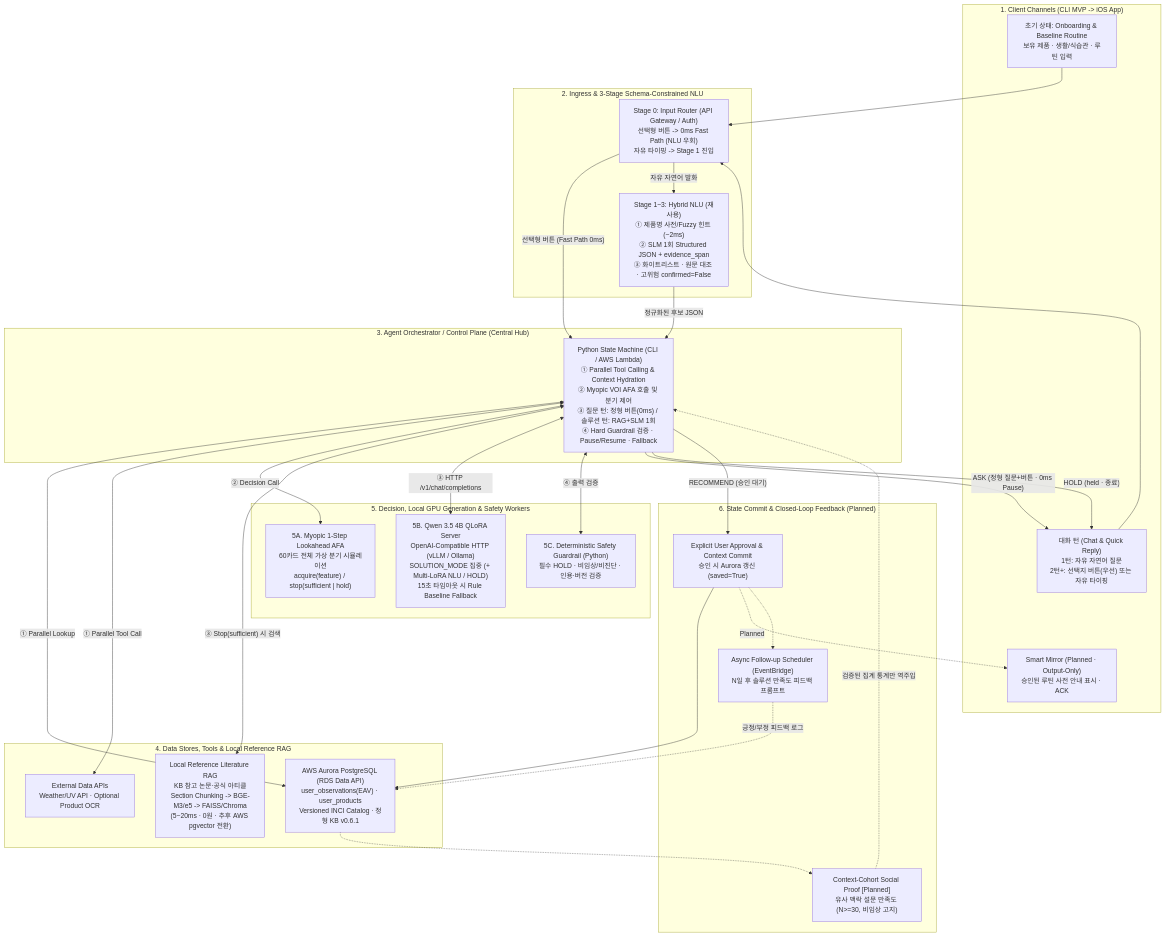
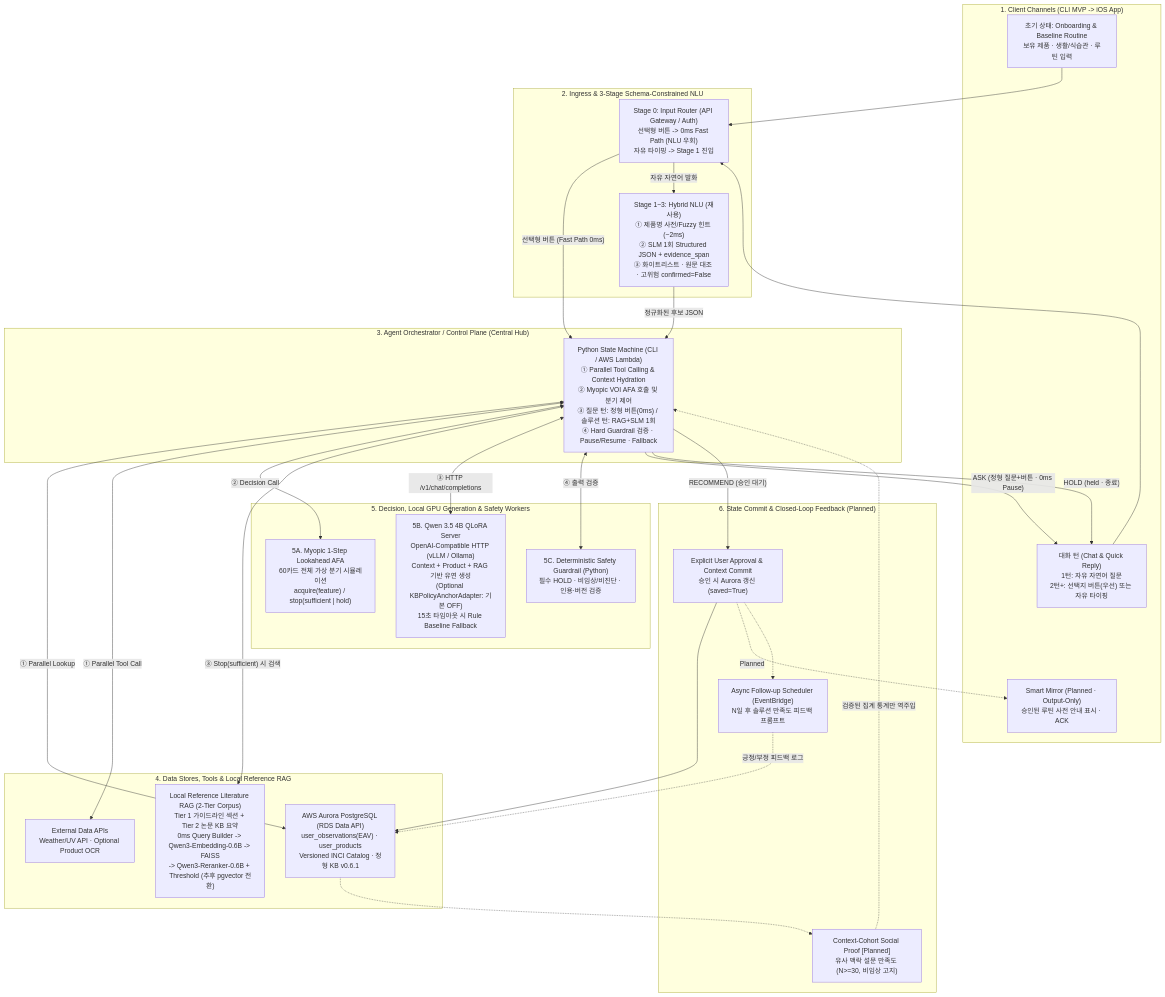
Before and after one commit to rnehdud/ppopy: the first of 2 diagrams in courses/ai-applications/experiments/cos-agent/docs/end-to-end-architecture-draft.md, drawn with Mermaid. The commit also changed other lines of this file and 4 other files, not shown here.

Commit message:
Decouple SLM/QLoRA validation and v3 architecture from KB anchor

````diff
--- a/courses/ai-applications/experiments/cos-agent/docs/end-to-end-architecture-draft.md
+++ b/courses/ai-applications/experiments/cos-agent/docs/end-to-end-architecture-draft.md
@@ -30,58 +30,58 @@
 ```mermaid
 flowchart TD
     subgraph Client["1. Client Channels (CLI MVP -> iOS App)"]
         ONB["초기 상태: Onboarding & Baseline Routine\n보유 제품 · 생활/식습관 · 루틴 입력"]
         NLQ["대화 턴 (Chat & Quick Reply)\n1턴: 자유 자연어 질문\n2턴+: 선택지 버튼(우선) 또는 자유 타이핑"]
         MIR["Smart Mirror (Planned · Output-Only)\n승인된 루틴 사전 안내 표시 · ACK"]
     end
 
     subgraph Ingress["2. Ingress & 3-Stage Schema-Constrained NLU"]
         ROUTER["Stage 0: Input Router (API Gateway / Auth)\n선택형 버튼 -> 0ms Fast Path (NLU 우회)\n자유 타이핑 -> Stage 1 진입"]
         NLU["Stage 1~3: Hybrid NLU (재사용)\n① 제품명 사전/Fuzzy 힌트 (~2ms)\n② SLM 1회 Structured JSON + evidence_span\n③ 화이트리스트 · 원문 대조 · 고위험 confirmed=False"]
     end
 
     subgraph ControlPlane["3. Agent Orchestrator / Control Plane (Central Hub)"]
         CP["Python State Machine (CLI / AWS Lambda)\n① Parallel Tool Calling & Context Hydration\n② Myopic VOI AFA 호출 및 분기 제어\n③ 질문 턴: 정형 버튼(0ms) / 솔루션 턴: RAG+SLM 1회\n④ Hard Guardrail 검증 · Pause/Resume · Fallback"]
     end
 
     subgraph DataExt["4. Data Stores, Tools & Local Reference RAG"]
         DB["AWS Aurora PostgreSQL (RDS Data API)\nuser_observations(EAV) · user_products\nVersioned INCI Catalog · 정형 KB v0.6.1"]
         WAPI["External Data APIs\nWeather/UV API · Optional Product OCR"]
-        RAG["Local Reference Literature RAG\nKB 참고 논문·공식 아티클\nSection Chunking -> BGE-M3/e5 -> FAISS/Chroma\n(5~20ms · 0원 · 추후 AWS pgvector 전환)"]
+        RAG["Local Reference Literature RAG (2-Tier Corpus)\nTier 1 가이드라인 섹션 + Tier 2 논문 KB 요약\n0ms Query Builder -> Qwen3-Embedding-0.6B -> FAISS\n-> Qwen3-Reranker-0.6B + Threshold (추후 pgvector 전환)"]
     end
 
     subgraph Workers["5. Decision, Local GPU Generation & Safety Workers"]
         AFA["5A. Myopic 1-Step Lookahead AFA\n60카드 전체 가상 분기 시뮬레이션\nacquire(feature) / stop(sufficient | hold)"]
-        SLM["5B. Qwen 3.5 4B QLoRA Server\nOpenAI-Compatible HTTP (vLLM / Ollama)\nSOLUTION_MODE 집중 (+ Multi-LoRA NLU / HOLD)\n15초 타임아웃 시 Rule Baseline Fallback"]
+        SLM["5B. Qwen 3.5 4B QLoRA Server\nOpenAI-Compatible HTTP (vLLM / Ollama)\nContext + Product + RAG 기반 유연 생성\n(Optional KBPolicyAnchorAdapter: 기본 OFF)\n15초 타임아웃 시 Rule Baseline Fallback"]
         GRD["5C. Deterministic Safety Guardrail (Python)\n필수 HOLD · 비임상/비진단 · 인용·버전 검증"]
     end
 
     subgraph Feedback["6. State Commit & Closed-Loop Feedback (Planned)"]
         COMMIT["Explicit User Approval & Context Commit\n승인 시 Aurora 갱신 (saved=True)"]
         SCHED["Async Follow-up Scheduler (EventBridge)\nN일 후 솔루션 만족도 피드백 프롬프트"]
         COHORT["Context-Cohort Social Proof [Planned]\n유사 맥락 설문 만족도 (N>=30, 비임상 고지)"]
     end
 
     ONB --> ROUTER
     NLQ --> ROUTER
     ROUTER -->|"선택형 버튼 (Fast Path 0ms)"| CP
     ROUTER -->|"자유 자연어 발화"| NLU
     NLU -->|"정규화된 후보 JSON"| CP
 
     CP <-->|"① Parallel Lookup"| DB
     CP <-->|"① Parallel Tool Call"| WAPI
     CP <-->|"② Decision Call"| AFA
     CP <-->|"③ Stop(sufficient) 시 검색"| RAG
     CP <-->|"③ HTTP /v1/chat/completions"| SLM
     CP <-->|"④ 출력 검증"| GRD
 
     CP -->|"ASK (정형 질문+버튼 · 0ms Pause)"| NLQ
     CP -->|"HOLD (held · 종료)"| NLQ
     CP -->|"RECOMMEND (승인 대기)"| COMMIT
     COMMIT --> DB
     COMMIT -.->|"Planned"| MIR
     COMMIT -.-> SCHED
     SCHED -.->|"긍정/부정 피드백 로그"| DB
     DB -.-> COHORT
     COHORT -.->|"검증된 집계 통계만 역주입"| CP
 ```
````
